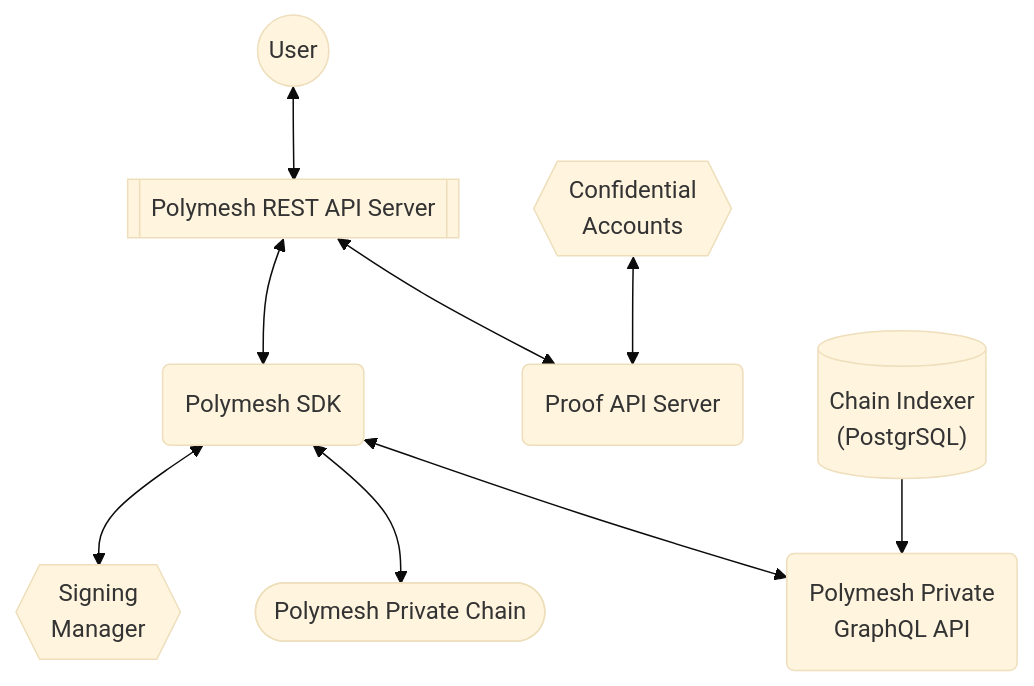
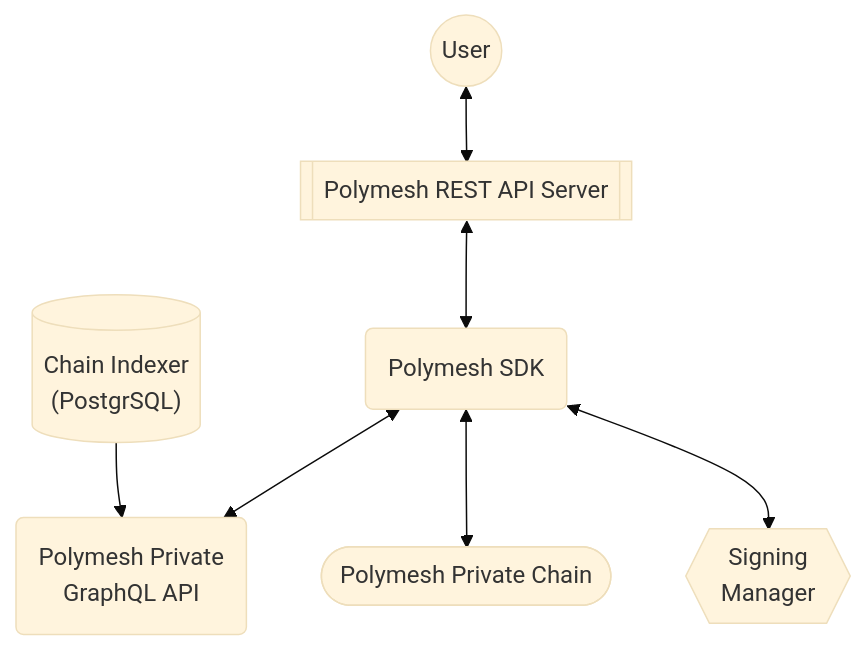
Before and after one commit to PolymeshAssociation/polymesh-documentation-site: the diagram in docs/200-core-concepts/120-polymesh-private/tooling.md, drawn with Mermaid (base theme). The commit also changed other lines of this file and 38 other files, not shown here.

````diff
--- a/docs/200-core-concepts/120-polymesh-private/tooling.md
+++ b/docs/200-core-concepts/120-polymesh-private/tooling.md
@@ -121,21 +85,17 @@
 ```mermaid
 flowchart TB
 U((User))
 R[[Polymesh REST API Server]]
 S(Polymesh SDK)
-PS(Proof API Server)
-CA{{Confidential<br>Accounts}}
 SM{{Signing<br>Manager}}
 P([Polymesh Private Chain])
 GQL(Polymesh Private<br>GraphQL API)
 PG[("Chain Indexer<br>(PostgrSQL)")]
 
 U <--> R
-R <--> PS
-CA <--> PS
 R <--> S
 PG --> GQL
 S <--> GQL
 S <--> P
 S <--> SM
 ```
````
